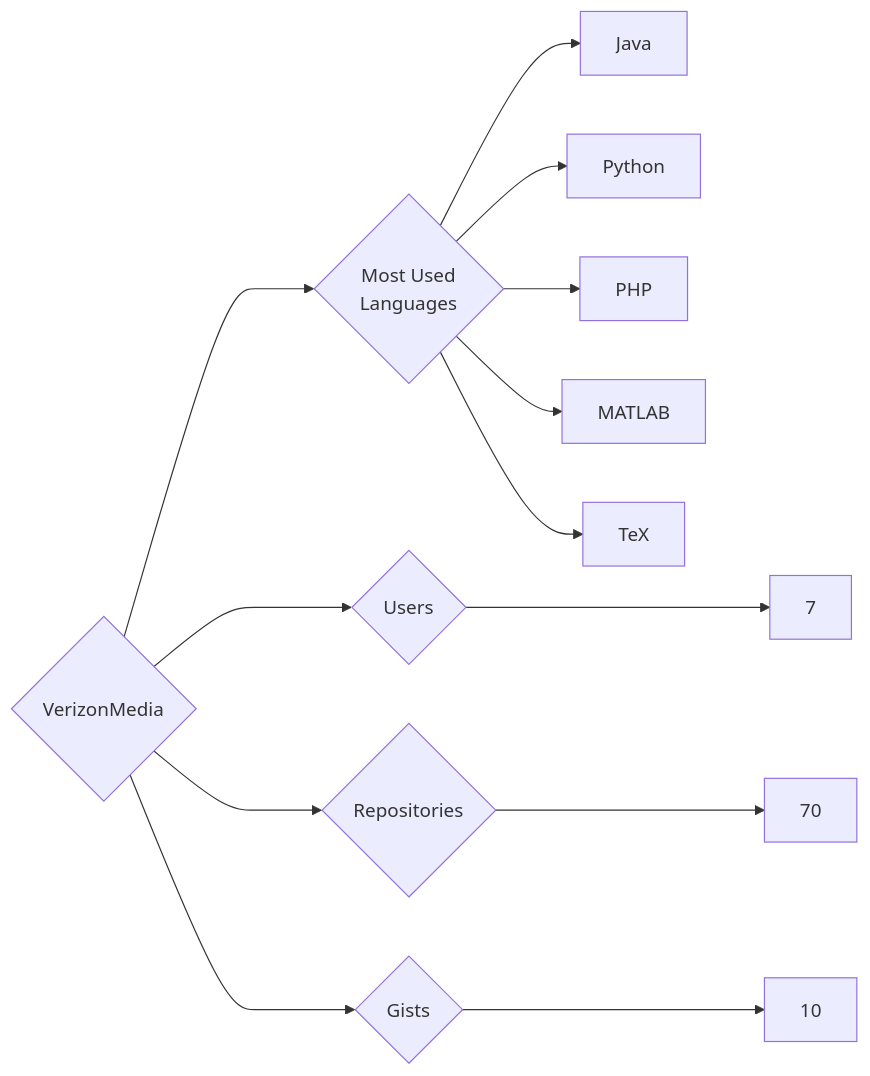
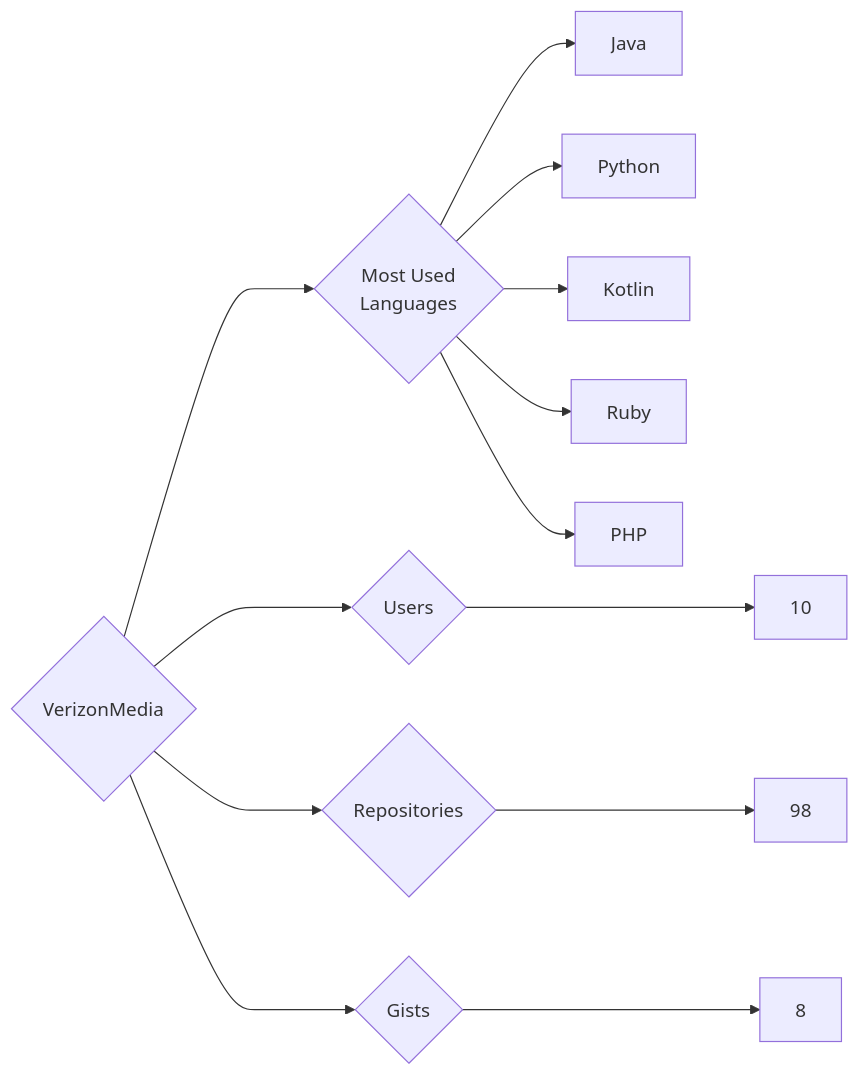
The diagram in targets/VerizonMedia/README.md (trickest/insiders), drawn with Mermaid before and after one commit. The commit also changed 1496 other files, not shown here.

````diff
--- a/targets/VerizonMedia/README.md
+++ b/targets/VerizonMedia/README.md
@@ -3,13 +3,13 @@
 ```mermaid
 graph LR
 COMPANY_NAME{VerizonMedia}
-COMPANY_NAME ---> U{Users} ---> UN[7]
-COMPANY_NAME ---> R{Repositories} ---> RN[70]
-COMPANY_NAME ---> G{Gists} ---> GN[10]
+COMPANY_NAME ---> U{Users} ---> UN[10]
+COMPANY_NAME ---> R{Repositories} ---> RN[98]
+COMPANY_NAME ---> G{Gists} ---> GN[8]
 COMPANY_NAME ---> ML{Most Used<br>Languages}
 ML --> Java[Java]
 ML --> Python[Python]
+ML --> Kotlin[Kotlin]
+ML --> Ruby[Ruby]
 ML --> PHP[PHP]
-ML --> MATLAB[MATLAB]
-ML --> TeX[TeX]
 ```
````
